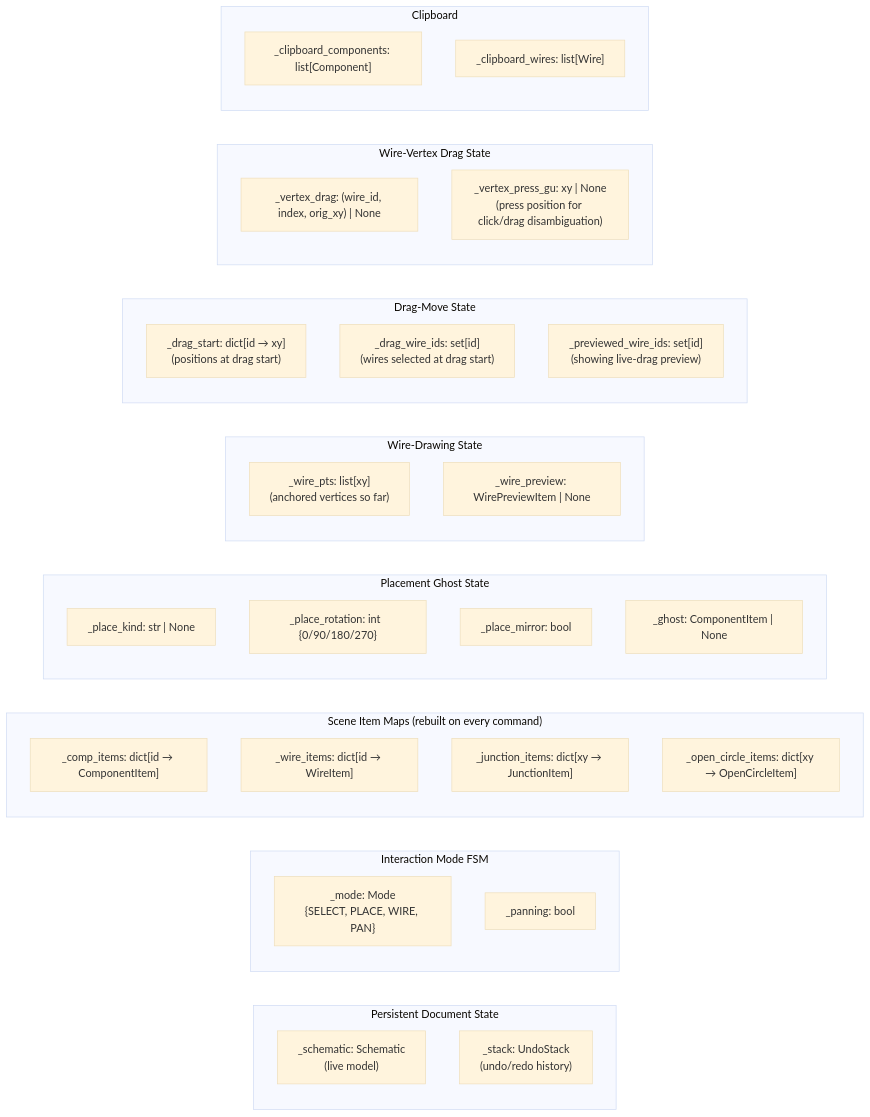
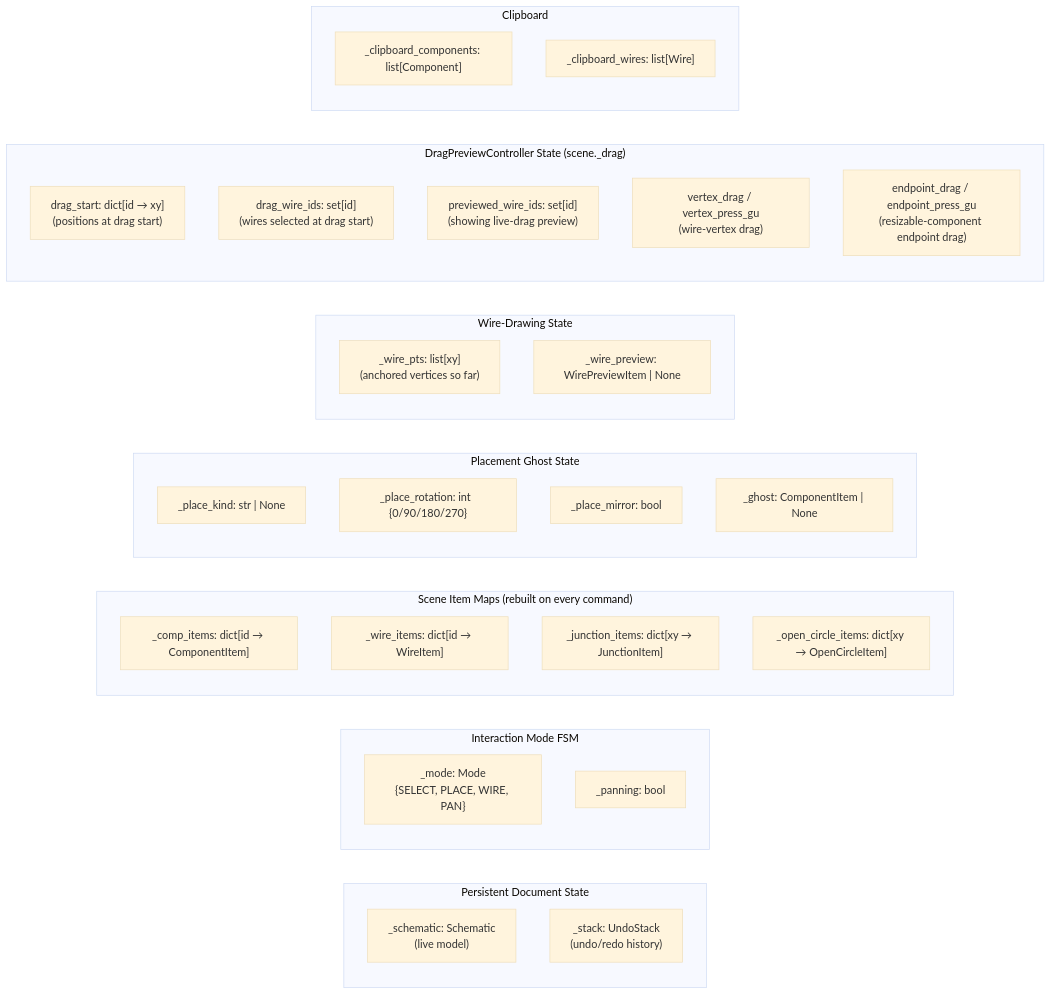
The second of 5 diagrams in ARCHITECTURE.md (whileman133/Heaviside), drawn with Mermaid (base theme) before and after one commit. The commit also changed other lines of this file and 3 other files, not shown here.

````diff
--- a/ARCHITECTURE.md
+++ b/ARCHITECTURE.md
@@ -80,47 +84,44 @@
 ```mermaid
 graph LR
     subgraph Persistent["Persistent Document State"]
         S1["_schematic: Schematic\n(live model)"]
         S2["_stack: UndoStack\n(undo/redo history)"]
     end
 
     subgraph Mode["Interaction Mode FSM"]
         S3["_mode: Mode\n{SELECT, PLACE, WIRE, PAN}"]
         S4["_panning: bool"]
     end
 
     subgraph ItemMaps["Scene Item Maps  (rebuilt on every command)"]
         S5["_comp_items: dict[id → ComponentItem]"]
         S6["_wire_items: dict[id → WireItem]"]
         S7["_junction_items: dict[xy → JunctionItem]"]
         S8["_open_circle_items: dict[xy → OpenCircleItem]"]
     end
 
     subgraph PlaceState["Placement Ghost State"]
         S9["_place_kind: str | None"]
         S10["_place_rotation: int  {0/90/180/270}"]
         S11["_place_mirror: bool"]
         S12["_ghost: ComponentItem | None"]
     end
 
     subgraph WireState["Wire-Drawing State"]
         S13["_wire_pts: list[xy]\n(anchored vertices so far)"]
         S14["_wire_preview: WirePreviewItem | None"]
     end
 
-    subgraph DragState["Drag-Move State"]
-        S15["_drag_start: dict[id → xy]\n(positions at drag start)"]
-        S16["_drag_wire_ids: set[id]\n(wires selected at drag start)"]
-        S17["_previewed_wire_ids: set[id]\n(showing live-drag preview)"]
-    end
-
-    subgraph VertexState["Wire-Vertex Drag State"]
-        S18["_vertex_drag: (wire_id, index, orig_xy) | None"]
-        S19["_vertex_press_gu: xy | None\n(press position for click/drag disambiguation)"]
+    subgraph DragCtl["DragPreviewController State  (scene._drag)"]
+        S15["drag_start: dict[id → xy]\n(positions at drag start)"]
+        S16["drag_wire_ids: set[id]\n(wires selected at drag start)"]
+        S17["previewed_wire_ids: set[id]\n(showing live-drag preview)"]
+        S18["vertex_drag / vertex_press_gu\n(wire-vertex drag)"]
+        S19["endpoint_drag / endpoint_press_gu\n(resizable-component endpoint drag)"]
     end
 
     subgraph Clipboard["Clipboard"]
         S20["_clipboard_components: list[Component]"]
         S21["_clipboard_wires: list[Wire]"]
     end
 ```
````
